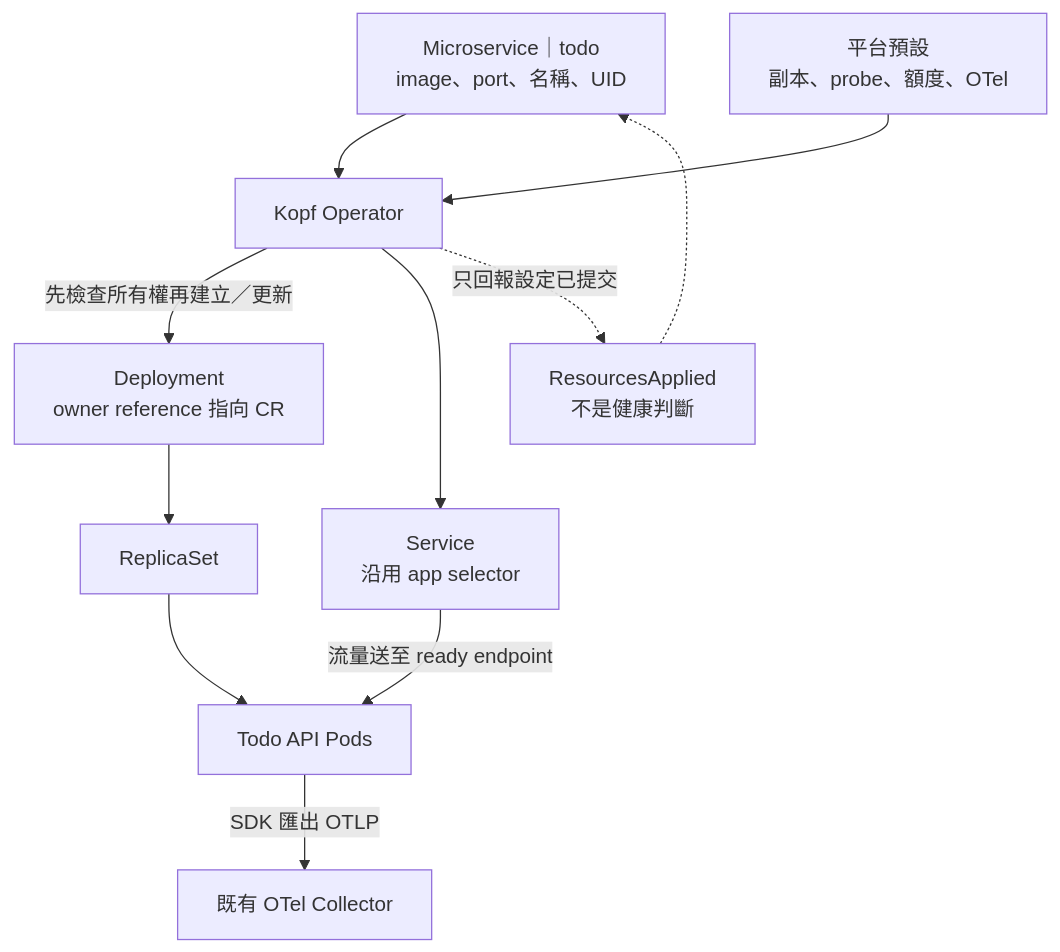
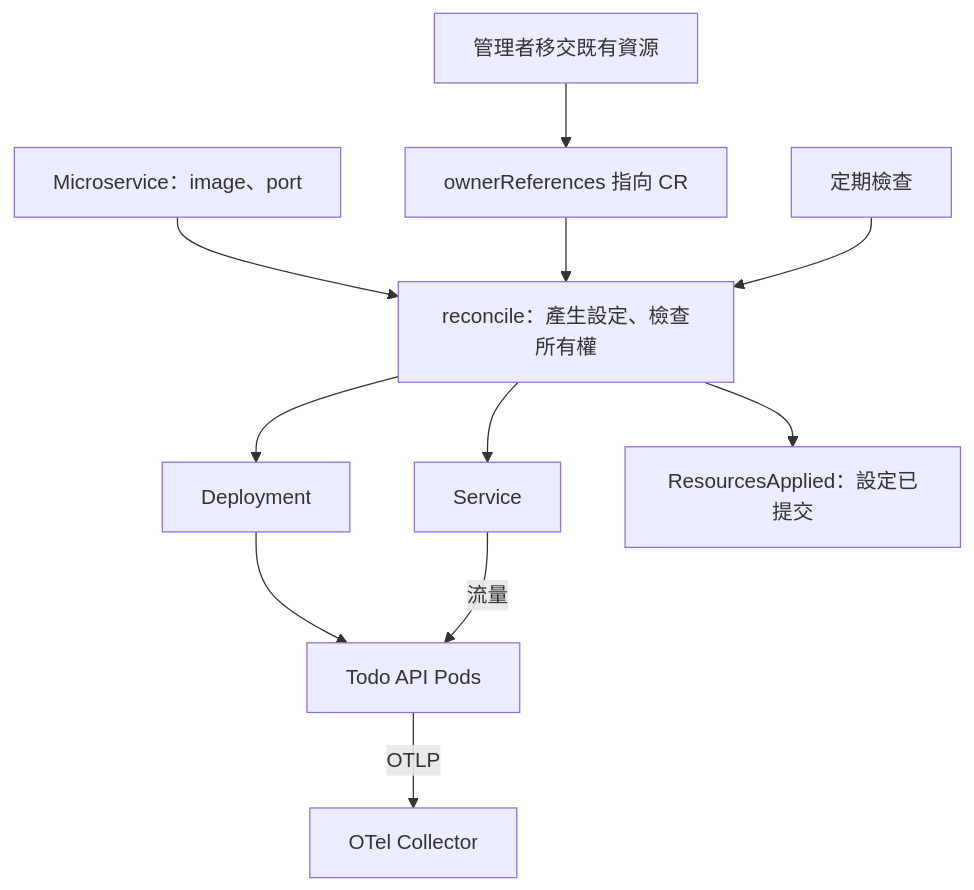
The diagram in doc/zh-tw/D21.md (yrw9281/IT30.Platform.Engineering), drawn with Mermaid before and after one commit. The commit also changed other lines of this file and 11 other files, not shown here.

````diff
--- a/doc/zh-tw/D21.md
+++ b/doc/zh-tw/D21.md
@@ -120,12 +75,11 @@
 ```mermaid
 flowchart TD
-    CR["Microservice｜todo<br/>image、port、名稱、UID"] --> Operator["Kopf Operator"]
-    Defaults["平台預設<br/>副本、probe、額度、OTel"] --> Operator
-    Operator -->|"先檢查所有權再建立／更新"| Deployment["Deployment<br/>owner reference 指向 CR"]
-    Operator --> Service["Service<br/>沿用 app selector"]
-    Deployment --> ReplicaSet["ReplicaSet"] --> Pods["Todo API Pods"]
-    Service -->|"流量送至 ready endpoint"| Pods
-    Pods -->|"SDK 匯出 OTLP"| Collector["既有 OTel Collector"]
-    Operator -.->|"只回報設定已提交"| Applied["ResourcesApplied<br/>不是健康判斷"]
-    Applied -.-> CR
+    Transfer["管理者移交既有資源"] --> Owner["ownerReferences 指向 CR"]
+    CR["Microservice：image、port"] --> Operator["reconcile：產生設定、檢查所有權"]
+    Owner --> Operator
+    Timer["定期檢查"] --> Operator
+    Operator --> Deployment["Deployment"] --> Pods["Todo API Pods"]
+    Operator --> Service["Service"] -->|"流量"| Pods
+    Pods -->|"OTLP"| Collector["OTel Collector"]
+    Operator --> Status["ResourcesApplied：設定已提交"]
 ```
````
